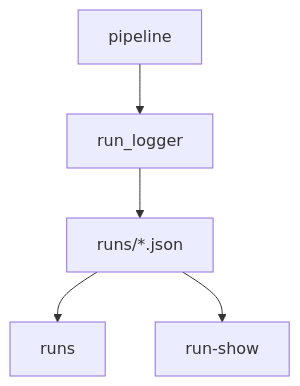
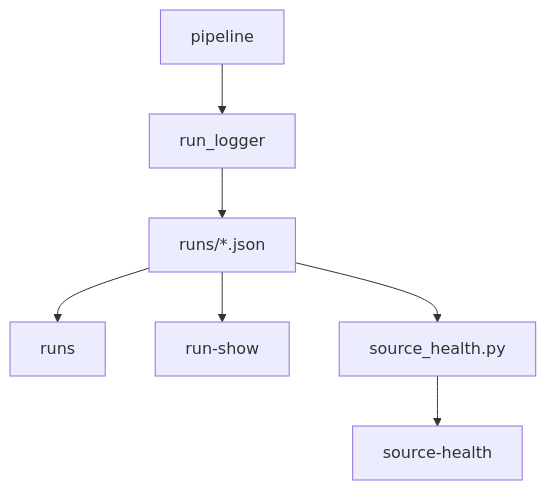
The sixth of 6 diagrams in docs/architecture.md (lingyu2023gla-star/ai-space-industry-radar), drawn with Mermaid before and after one commit. The commit also changed other lines of this file and 10 other files, not shown here.

Commit message:
feat: add source health check

````diff
--- a/docs/architecture.md
+++ b/docs/architecture.md
@@ -123,7 +123,9 @@
 ```mermaid
 flowchart TD
     A[pipeline] --> B[run_logger]
     B --> C[runs/*.json]
     C --> D[runs]
     C --> E[run-show]
+    C --> F[source_health.py]
+    F --> G[source-health]
 ```
````
